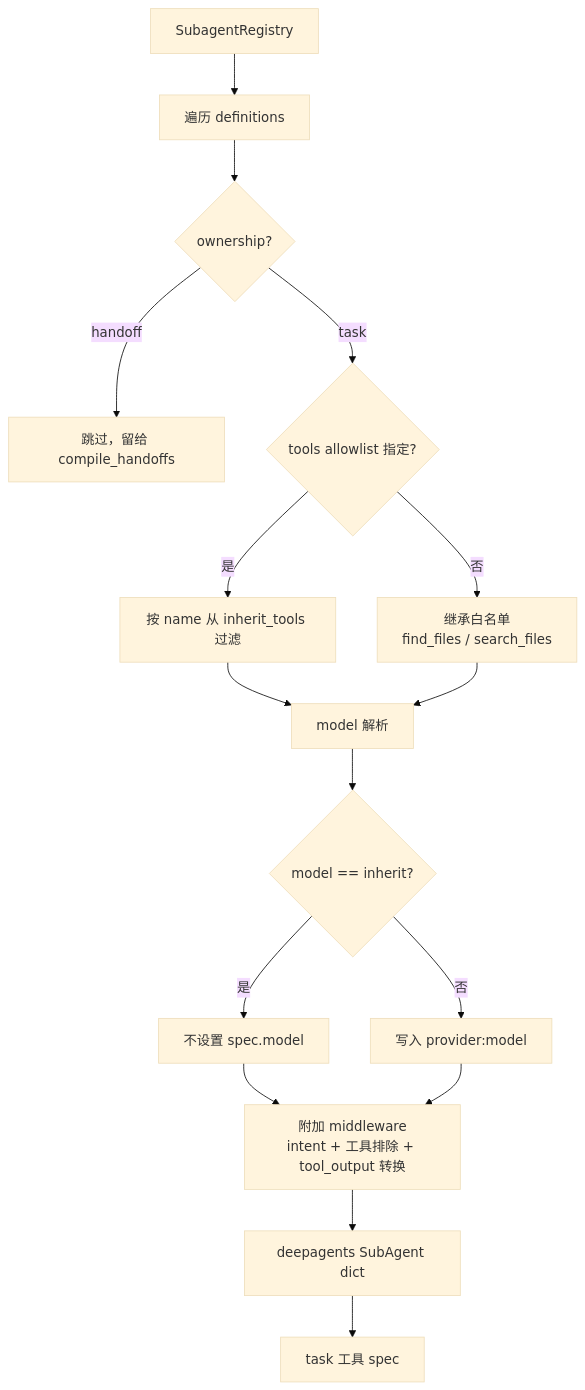
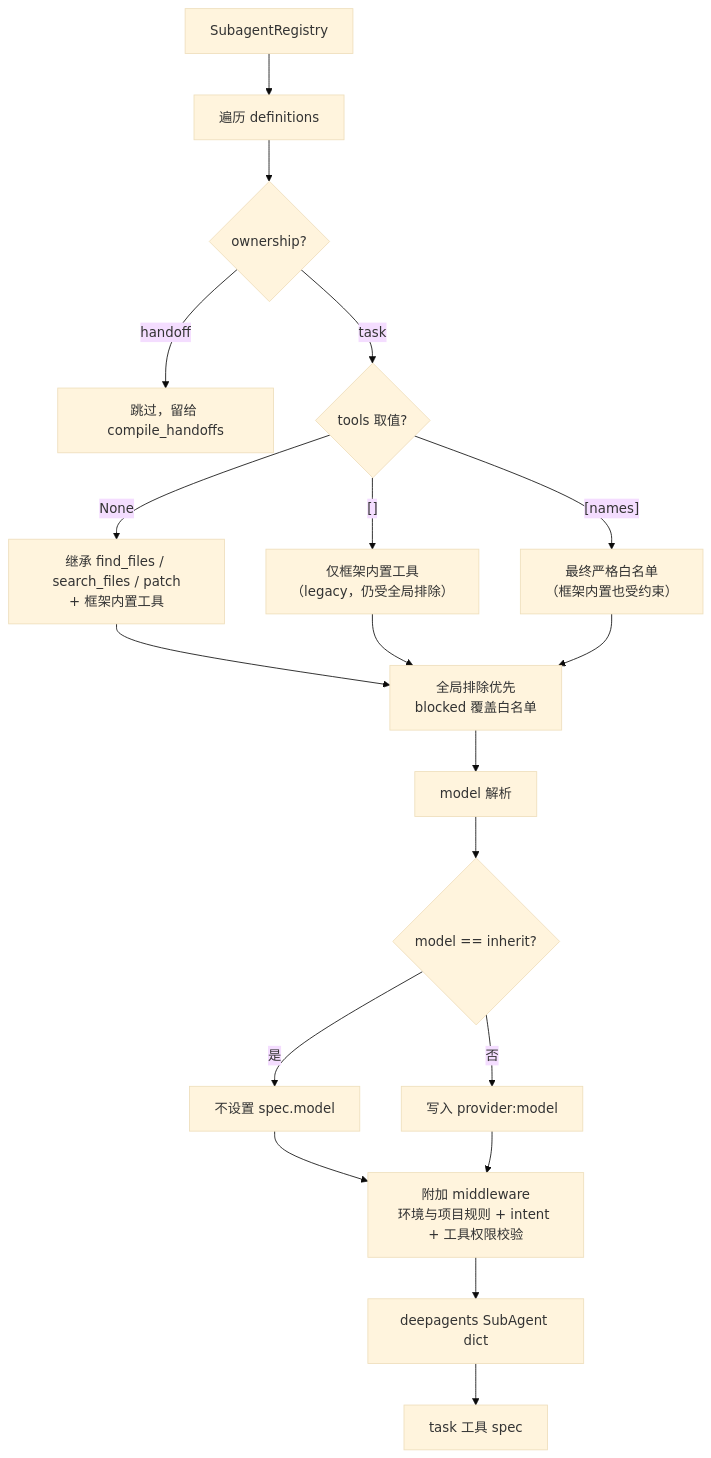
One commit to alex8224/synapse-agent changed the third of 5 diagrams in docs/subagents.md. Above: the diagram before and after it, drawn with Mermaid (base theme). The commit also changed other lines of this file and 18 other files, not shown here.

````diff
--- a/docs/subagents.md
+++ b/docs/subagents.md
@@ -131,18 +153,21 @@
 ```mermaid
 flowchart TB
     R["SubagentRegistry"] --> D["遍历 definitions"]
     D --> OWN{"ownership?"}
     OWN -- "handoff" --> H["跳过，留给 compile_handoffs"]
-    OWN -- "task" --> T{"tools allowlist 指定?"}
-    T -- "是" --> F["按 name 从 inherit_tools 过滤"]
-    T -- "否" --> I2["继承白名单<br/>find_files / search_files"]
-    F --> M["model 解析"]
-    I2 --> M
+    OWN -- "task" --> T{"tools 取值?"}
+    T -- "None" --> I2["继承 find_files / search_files / patch<br/>+ 框架内置工具"]
+    T -- "[]" --> E2["仅框架内置工具<br/>（legacy，仍受全局排除）"]
+    T -- "[names]" --> F["最终严格白名单<br/>（框架内置也受约束）"]
+    I2 --> X2["全局排除优先<br/>blocked 覆盖白名单"]
+    E2 --> X2
+    F --> X2
+    X2 --> M["model 解析"]
     M --> MD{"model == inherit?"}
     MD -- "是" --> NS["不设置 spec.model"]
     MD -- "否" --> SS["写入 provider:model"]
-    NS --> MW["附加 middleware<br/>intent + 工具排除 + tool_output 转换"]
+    NS --> MW["附加 middleware<br/>环境与项目规则 + intent + 工具权限校验"]
     SS --> MW
     MW --> OUT["deepagents SubAgent dict"]
     OUT --> TG["task 工具 spec"]
 ```
````
